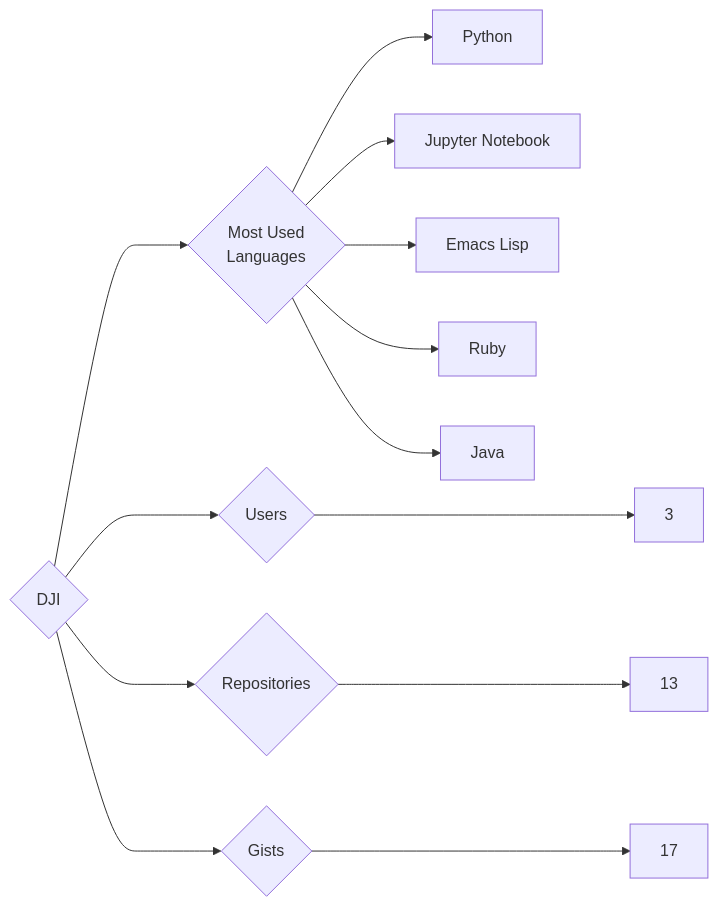
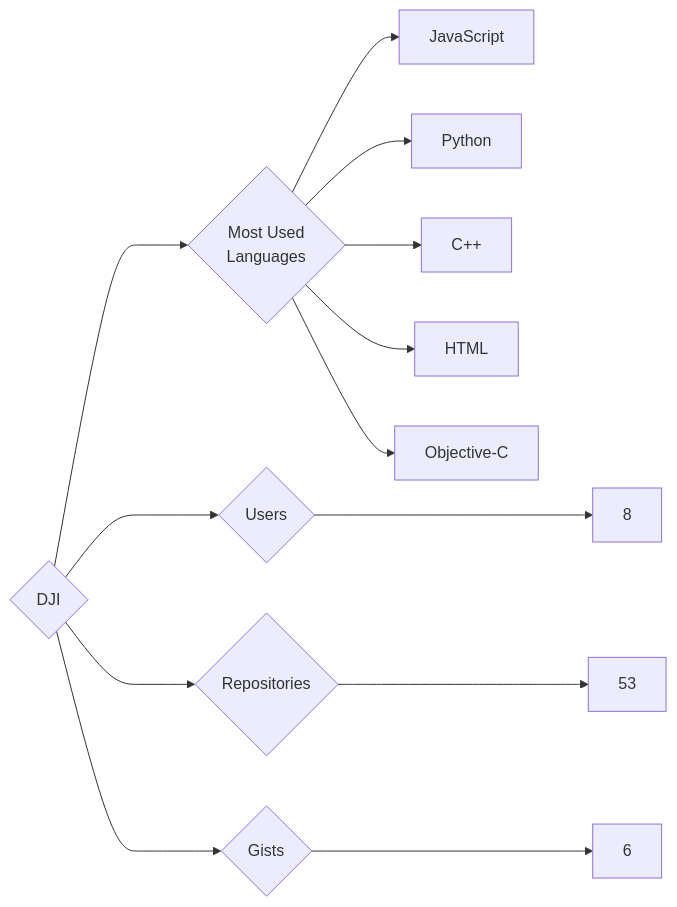
One commit to trickest/insiders changed the diagram in targets/DJI/README.md. Above: the diagram before and after it, drawn with Mermaid. The commit also changed 1084 other files, not shown here.

````diff
--- a/targets/DJI/README.md
+++ b/targets/DJI/README.md
@@ -3,13 +3,13 @@
 ```mermaid
 graph LR
 COMPANY_NAME{DJI}
-COMPANY_NAME ---> U{Users} ---> UN[3]
-COMPANY_NAME ---> R{Repositories} ---> RN[13]
-COMPANY_NAME ---> G{Gists} ---> GN[17]
+COMPANY_NAME ---> U{Users} ---> UN[8]
+COMPANY_NAME ---> R{Repositories} ---> RN[53]
+COMPANY_NAME ---> G{Gists} ---> GN[6]
 COMPANY_NAME ---> ML{Most Used<br>Languages}
+ML --> JavaScript[JavaScript]
 ML --> Python[Python]
-ML --> Jupyter_Notebook[Jupyter Notebook]
-ML --> Emacs_Lisp[Emacs Lisp]
-ML --> Ruby[Ruby]
-ML --> Java[Java]
+ML --> C++[C++]
+ML --> HTML[HTML]
+ML --> Objective-C[Objective-C]
 ```
````
